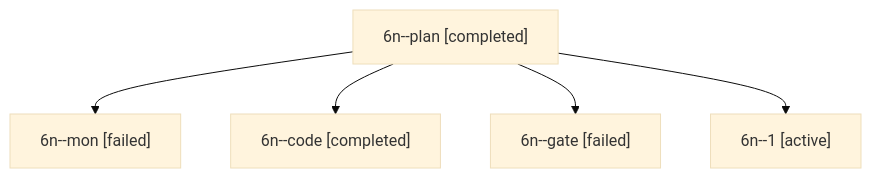
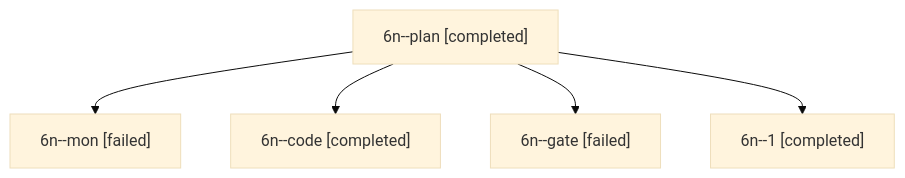
Before and after one commit to bobs-org/bob-cli--agents: the diagram in sessions/bbugyi200.apollo.6n.md, drawn with Mermaid (base theme). The commit also changed other lines of this file and 27 other files, not shown here.

````diff
--- a/sessions/bbugyi200.apollo.6n.md
+++ b/sessions/bbugyi200.apollo.6n.md
@@ -9,12 +9,12 @@
 ```mermaid
 flowchart TD
   n0["6n--plan [completed]"]
   n1["6n--mon [failed]"]
   n0 --> n1
   n2["6n--code [completed]"]
   n0 --> n2
   n3["6n--gate [failed]"]
   n0 --> n3
-  n4["6n--1 [active]"]
+  n4["6n--1 [completed]"]
   n0 --> n4
 ```
````
